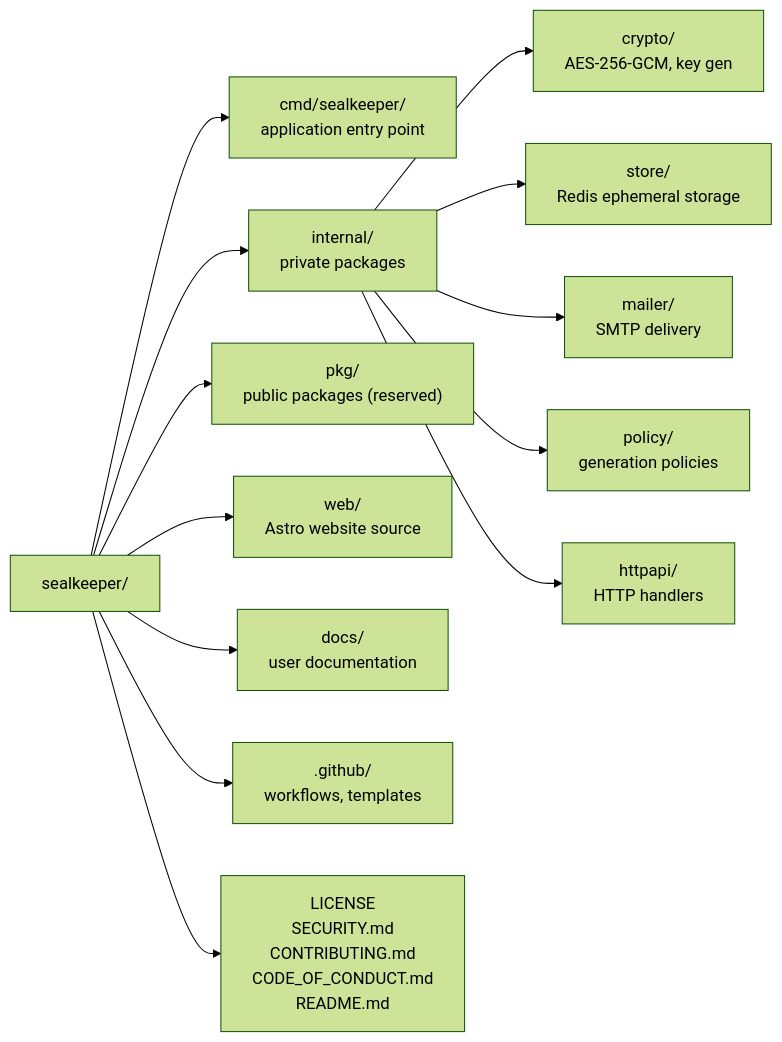
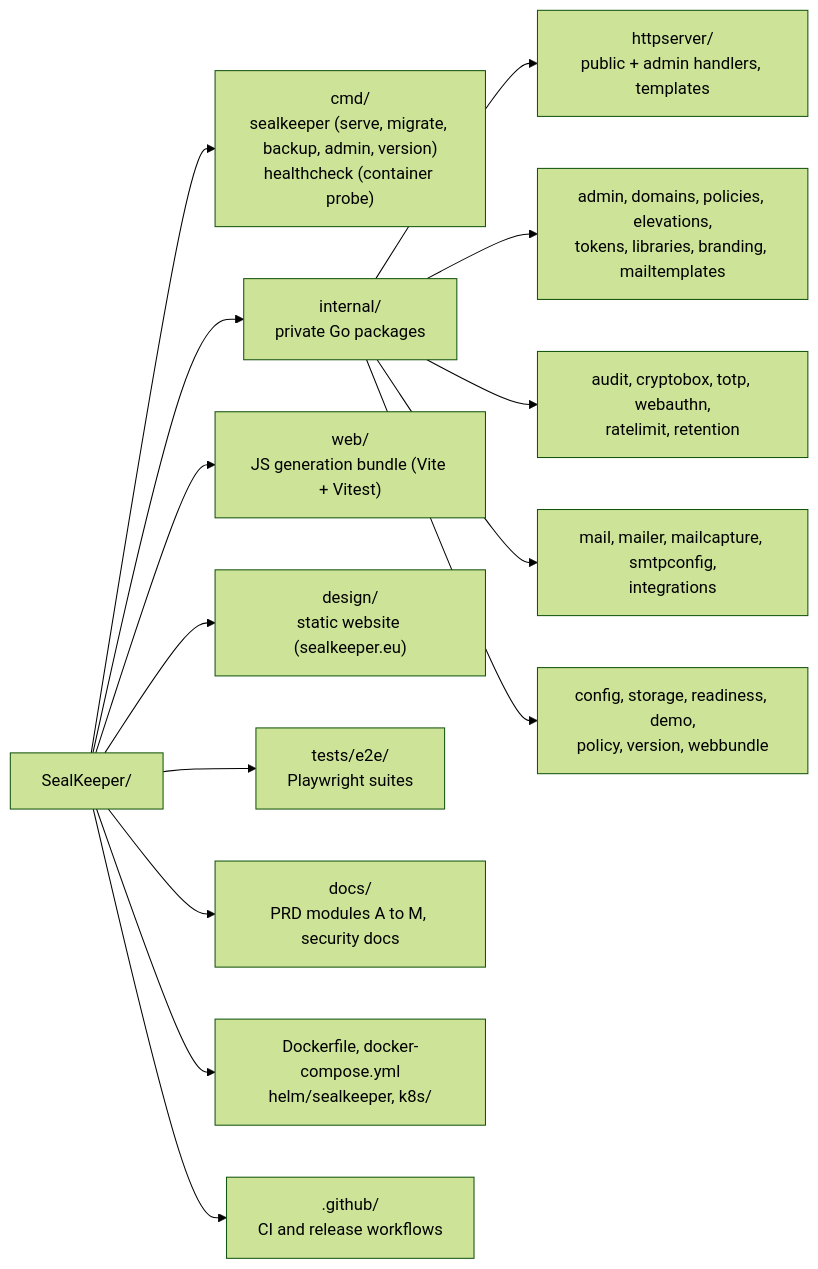
One commit to SCHED75-ORG/SealKeeper changed the second of 2 diagrams in CONTRIBUTING.md. Above: the diagram before and after it, drawn with Mermaid (forest theme). The commit also changed other lines of this file and 18 other files, not shown here.

````diff
--- a/CONTRIBUTING.md
+++ b/CONTRIBUTING.md
@@ -135,17 +176,18 @@
 ```mermaid
 flowchart LR
-    Root["sealkeeper/"]
-    Root --> Cmd["cmd/sealkeeper/<br/>application entry point"]
-    Root --> Internal["internal/<br/>private packages"]
-    Root --> Pkg["pkg/<br/>public packages (reserved)"]
-    Root --> Web["web/<br/>Astro website source"]
-    Root --> Docs["docs/<br/>user documentation"]
-    Root --> Github[".github/<br/>workflows, templates"]
-    Root --> License["LICENSE<br/>SECURITY.md<br/>CONTRIBUTING.md<br/>CODE_OF_CONDUCT.md<br/>README.md"]
+    Root["SealKeeper/"]
+    Root --> Cmd["cmd/<br/>sealkeeper (serve, migrate, backup, admin, version)<br/>healthcheck (container probe)"]
+    Root --> Internal["internal/<br/>private Go packages"]
+    Root --> Web["web/<br/>JS generation bundle (Vite + Vitest)"]
+    Root --> Design["design/<br/>static website (sealkeeper.eu)"]
+    Root --> Tests["tests/e2e/<br/>Playwright suites"]
+    Root --> Docs["docs/<br/>PRD modules A to M, security docs"]
+    Root --> Deploy["Dockerfile, docker-compose.yml<br/>helm/sealkeeper, k8s/"]
+    Root --> Github[".github/<br/>CI and release workflows"]
 
-    Internal --> Crypto["crypto/<br/>AES-256-GCM, key gen"]
-    Internal --> Store["store/<br/>Redis ephemeral storage"]
-    Internal --> Mailer["mailer/<br/>SMTP delivery"]
-    Internal --> Policy["policy/<br/>generation policies"]
-    Internal --> HttpApi["httpapi/<br/>HTTP handlers"]
+    Internal --> Http["httpserver/<br/>public + admin handlers, templates"]
+    Internal --> Domain["admin, domains, policies, elevations,<br/>tokens, libraries, branding, mailtemplates"]
+    Internal --> Sec["audit, cryptobox, totp, webauthn,<br/>ratelimit, retention"]
+    Internal --> Out["mail, mailer, mailcapture, smtpconfig,<br/>integrations"]
+    Internal --> Infra["config, storage, readiness, demo,<br/>policy, version, webbundle"]
 ```
````
